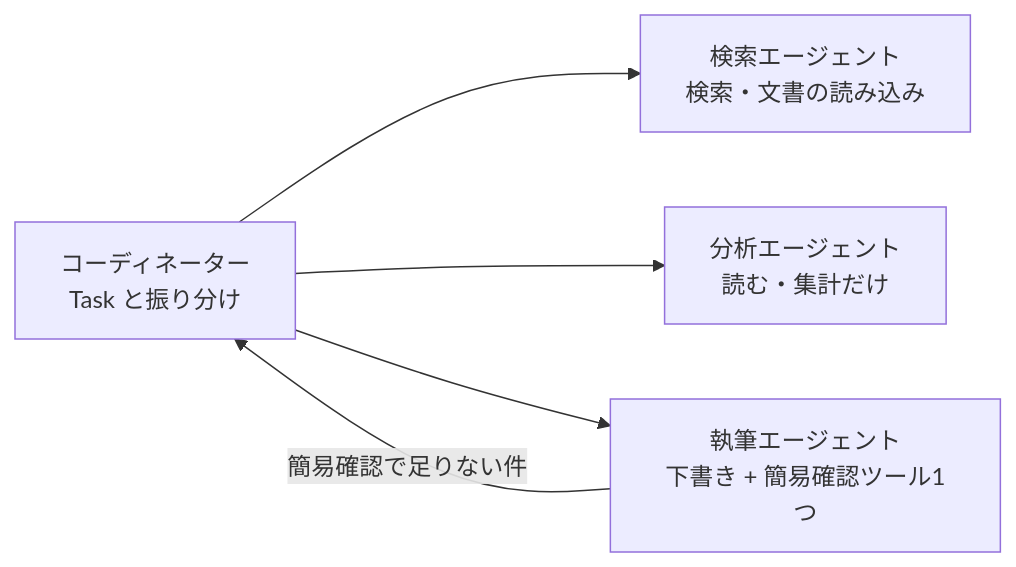
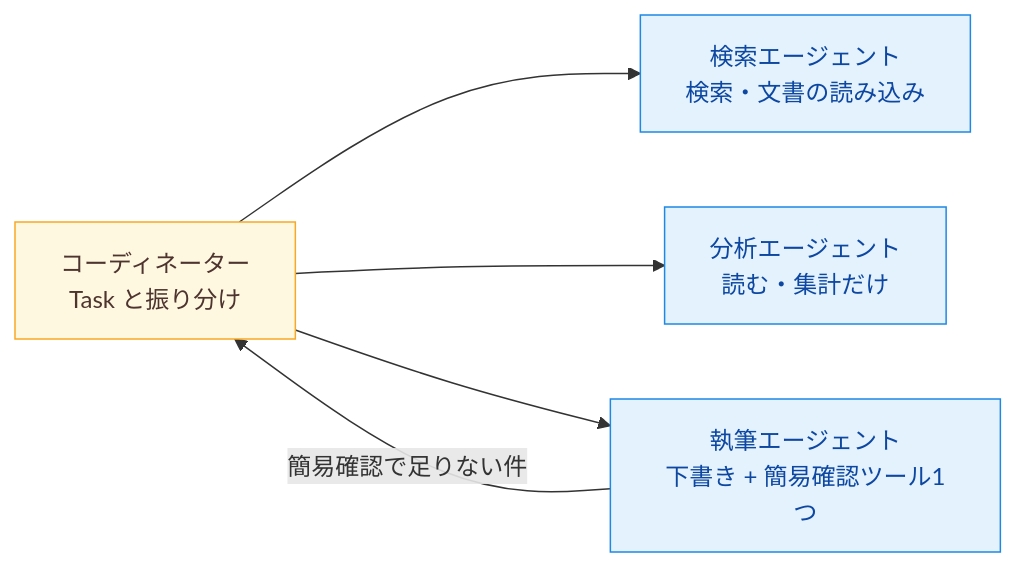
One commit to yuya-take/yuya-exam-notes changed the diagram in ccaf/notes/02-tool-design-mcp/tool-distribution.md. Above: the diagram before and after it, drawn with Mermaid. The commit also changed other lines of this file and 50 other files, not shown here.

````diff
--- a/ccaf/notes/02-tool-design-mcp/tool-distribution.md
+++ b/ccaf/notes/02-tool-design-mcp/tool-distribution.md
@@ -11,7 +12,11 @@
 ```mermaid
 flowchart LR
-  C[コーディネーター<br/>Task と振り分け] --> S[検索エージェント<br/>検索・文書の読み込み]
-  C --> A[分析エージェント<br/>読む・集計だけ]
-  C --> W[執筆エージェント<br/>下書き + 簡易確認ツール1つ]
+  C["コーディネーター<br/>Task と振り分け"] --> S["検索エージェント<br/>検索・文書の読み込み"]
+  C --> A["分析エージェント<br/>読む・集計だけ"]
+  C --> W["執筆エージェント<br/>下書き + 簡易確認ツール1つ"]
   W -- 簡易確認で足りない件 --> C
+  classDef run fill:#e3f2fd,stroke:#1e88e5,color:#0d47a1
+  classDef judge fill:#fff8e1,stroke:#f9a825,color:#4e342e
+  class C judge
+  class S,A,W run
 ```
````
